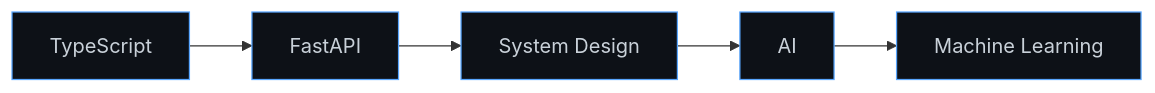
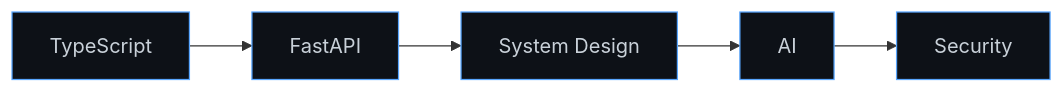
One commit to ramcharankhv-byte/ramcharankhv-byte changed the diagram in README.md. Above: the diagram before and after it, drawn with Mermaid. The commit also changed other lines of this file, not shown here.

First line of the commit message:
Revise project details and learning roadmap in README

````diff
--- a/README.md
+++ b/README.md
@@ -180,13 +170,13 @@
 ```mermaid
 graph LR
     A[TypeScript] --> B[FastAPI]
     B --> C[System Design]
     C --> D[AI]
-    D --> E[Machine Learning]
+    D --> E[Security]
 
     style A fill:#0d1117,stroke:#58a6ff,color:#c9d1d9
     style B fill:#0d1117,stroke:#58a6ff,color:#c9d1d9
     style C fill:#0d1117,stroke:#58a6ff,color:#c9d1d9
     style D fill:#0d1117,stroke:#58a6ff,color:#c9d1d9
     style E fill:#0d1117,stroke:#58a6ff,color:#c9d1d9
 ```
````
